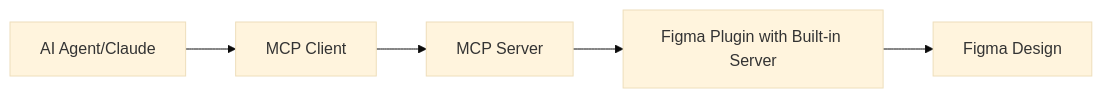
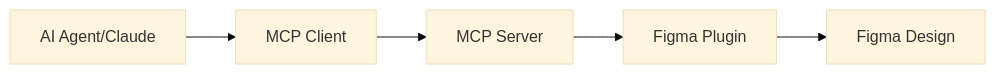
One commit to oO/figma-mcp-write-server changed the diagram in README.md. Above: the diagram before and after it, drawn with Mermaid (base theme). The commit also changed other lines of this file and 2 other files, not shown here.

````diff
--- a/README.md
+++ b/README.md
@@ -34,7 +34,7 @@
 ```mermaid
 graph LR
     A[AI Agent/Claude] --> B[MCP Client]
     B --> C[MCP Server]
-    C --> D[Figma Plugin with Built-in Server]
+    C --> D[Figma Plugin]
     D --> E[Figma Design]
 ```
````
